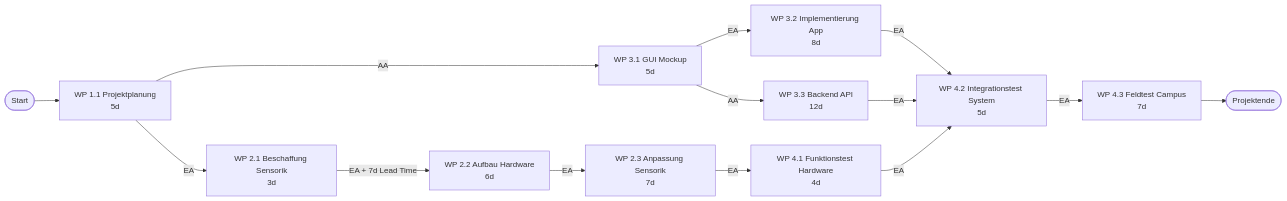
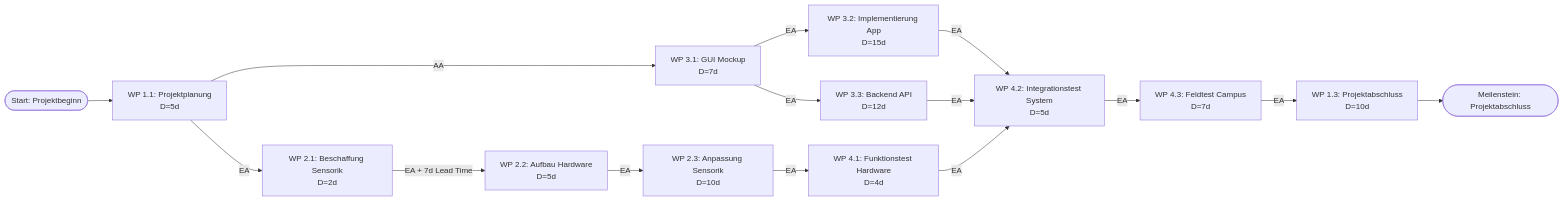
The diagram in 02_WBS_Planning/Schedule.md.md (onat120/PM_SmartCampus_Team_08), drawn with Mermaid before and after one commit. The commit also changed 1 other file, not shown here.

Commit message:
vault backup: 2026-10-31 10:33:23

````diff
--- a/02_WBS_Planning/Schedule.md.md
+++ b/02_WBS_Planning/Schedule.md.md
@@ -1,40 +1,25 @@
 ```mermaid
 graph LR
+    M_Start([Start: Projektbeginn]) --> AP_11[WP 1.1: Projektplanung<br/>D=5d]
 
-Start([Start])
+    %% Hardware-Strang mit Lead Time
+    AP_11 --> | EA | AP_21[WP 2.1: Beschaffung Sensorik<br/>D=2d]
+    AP_21 --> | EA + 7d Lead Time | AP_22[WP 2.2: Aufbau Hardware<br/>D=5d]
+    AP_22 --> | EA | AP_23[WP 2.3: Anpassung Sensorik<br/>D=10d]
 
-WP11[WP 1.1 Projektplanung<br/>5d]
-WP21[WP 2.1 Beschaffung Sensorik<br/>3d]
-WP22[WP 2.2 Aufbau Hardware<br/>6d]
-WP23[WP 2.3 Anpassung Sensorik<br/>7d]
+    %% Paralleler Software-Strang (Anfangsfolge AA)
+    AP_11 --> | AA | AP_31[WP 3.1: GUI Mockup<br/>D=7d]
+    AP_31 --> | EA | AP_32[WP 3.2: Implementierung App<br/>D=15d]
+    AP_31 --> | EA | AP_33[WP 3.3: Backend API<br/>D=12d]
 
-WP31[WP 3.1 GUI Mockup<br/>5d]
-WP32[WP 3.2 Implementierung App<br/>8d]
-WP33[WP 3.3 Backend API<br/>12d]
+    %% Integration & Test
+    AP_23 --> | EA | AP_41[WP 4.1: Funktionstest Hardware<br/>D=4d]
+    AP_32 --> | EA | AP_42[WP 4.2: Integrationstest System<br/>D=5d]
+    AP_33 --> | EA | AP_42
+    AP_41 --> | EA | AP_42
+    AP_42 --> | EA | AP_43[WP 4.3: Feldtest Campus<br/>D=7d]
 
-WP41[WP 4.1 Funktionstest Hardware<br/>4d]
-WP42[WP 4.2 Integrationstest System<br/>5d]
-WP43[WP 4.3 Feldtest Campus<br/>7d]
-
-Ende([Projektende])
-
-Start --> WP11
-
-WP11 -->|EA| WP21
-WP21 -->|EA + 7d Lead Time| WP22
-WP22 -->|EA| WP23
-
-WP11 -->|AA| WP31
-WP31 -->|EA| WP32
-WP31 -->|AA| WP33
-
-WP23 -->|EA| WP41
-
-WP32 -->|EA| WP42
-WP33 -->|EA| WP42
-WP41 -->|EA| WP42
-
-WP42 -->|EA| WP43
-
-WP43 --> Ende
+    %% Projektabschluss
+    AP_43 --> | EA | AP_13[WP 1.3: Projektabschluss<br/>D=10d]
+    AP_13 --> M_End([Meilenstein: Projektabschluss])
 ```
````
